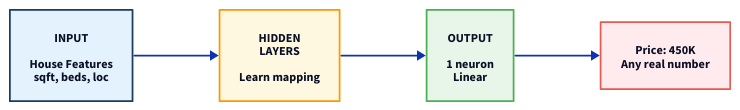
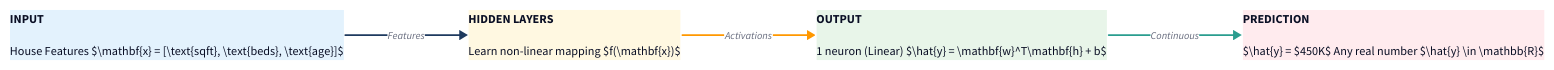
One commit to nipunbatra/principles-ai-teaching changed the diagram in ml-tasks/diagrams/nn_regression.d2. Above: the diagram before and after it, drawn with D2. The commit also changed 14 other files, not shown here.

First line of the commit message:
Add NN diagrams with actual nodes using matplotlib

```diff
--- a/ml-tasks/diagrams/nn_regression.d2
+++ b/ml-tasks/diagrams/nn_regression.d2
@@ -1,43 +1,84 @@
 # Neural Network for Regression
 
 direction: right
 
+vars: {
+  primary: "#1e3a5f"
+  success: "#2a9d8f"
+  warning: "#FF9800"
+  accent: "#e85a4f"
+  fill-primary: "#E3F2FD"
+  fill-success: "#E8F5E9"
+  fill-warning: "#FFF8E1"
+  fill-accent: "#FFEBEE"
+}
+
 input: {
-  label: INPUT\n\nHouse Features\nsqft, beds, loc
+  label: |md
+    **INPUT**
+
+    House Features
+    $\mathbf{x} = [\text{sqft}, \text{beds}, \text{age}]$
+  |
   shape: rectangle
-  style.fill: "#E3F2FD"
-  style.stroke: "#1e3a5f"
+  style.fill: ${fill-primary}
+  style.stroke: ${primary}
   style.stroke-width: 2
   style.font-size: 14
 }
 
 hidden: {
-  label: HIDDEN\nLAYERS\n\nLearn mapping
+  label: |md
+    **HIDDEN LAYERS**
+
+    Learn non-linear
+    mapping $f(\mathbf{x})$
+  |
   shape: rectangle
-  style.fill: "#FFF8E1"
-  style.stroke: "#FF9800"
+  style.fill: ${fill-warning}
+  style.stroke: ${warning}
   style.stroke-width: 2
   style.font-size: 14
 }
 
 output: {
-  label: OUTPUT\n\n1 neuron\nLinear
+  label: |md
+    **OUTPUT**
+
+    1 neuron (Linear)
+    $\hat{y} = \mathbf{w}^T\mathbf{h} + b$
+  |
   shape: rectangle
-  style.fill: "#E8F5E9"
-  style.stroke: "#4CAF50"
+  style.fill: ${fill-success}
+  style.stroke: ${success}
   style.stroke-width: 2
   style.font-size: 14
 }
 
 result: {
-  label: "Price: 450K\nAny real number"
+  label: |md
+    **PREDICTION**
+
+    $\hat{y} = \$450K$
+    Any real number
+    $\hat{y} \in \mathbb{R}$
+  |
   shape: rectangle
-  style.fill: "#FFEBEE"
-  style.stroke: "#e85a4f"
+  style.fill: ${fill-accent}
+  style.stroke: ${accent}
   style.stroke-width: 2
   style.font-size: 14
 }
 
-input -> hidden
-hidden -> output
-output -> result
+input -> hidden: Features {
+  style.stroke: ${primary}
+  style.font-size: 12
+}
+hidden -> output: Activations {
+  style.stroke: ${warning}
+  style.font-size: 12
+}
+output -> result: Continuous {
+  style.stroke: ${success}
+  style.font-size: 12
+}
```
